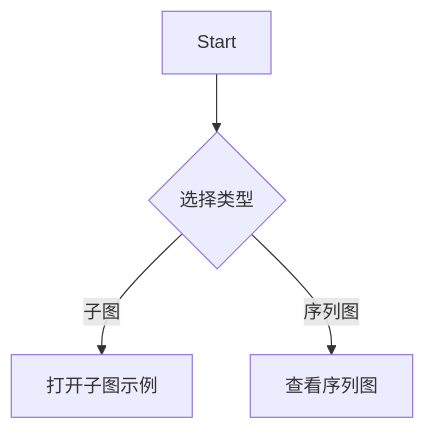
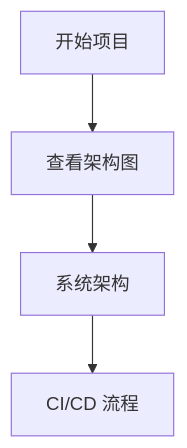
Before and after one commit to StrayDragon/vscode-merfolk: the diagram in README.md, drawn with Mermaid. The commit also changed other lines of this file and 3 other files, not shown here.

````diff
--- a/README.md
+++ b/README.md
@@ -18,6 +19,6 @@
 ```mermaid
 flowchart TD
-    A[Start] --> B{选择类型}
-    B -->|子图| C[<a href="MermaidLocal:subgraph.mmd">打开子图示例</a>]
-    B -->|序列图| D[<a href="MermaidLocal:sequence.mmd">查看序列图</a>]
+    A[开始项目] --> B[查看架构图]
+    B --> C[<a href="MermaidChart:architecture/system-design.mmd">系统架构</a>]
+    C --> D[<a href="MermaidChart:workflows/ci-cd.mmd">CI/CD 流程</a>]
 ```
````
